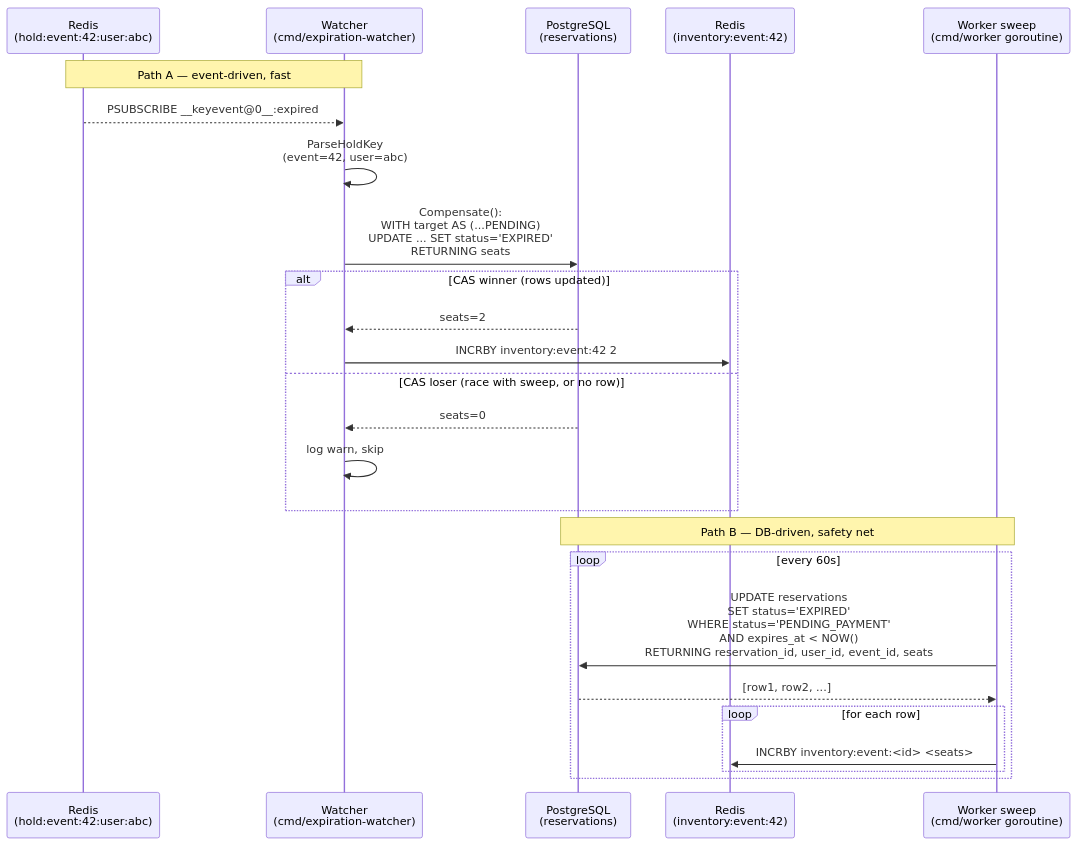
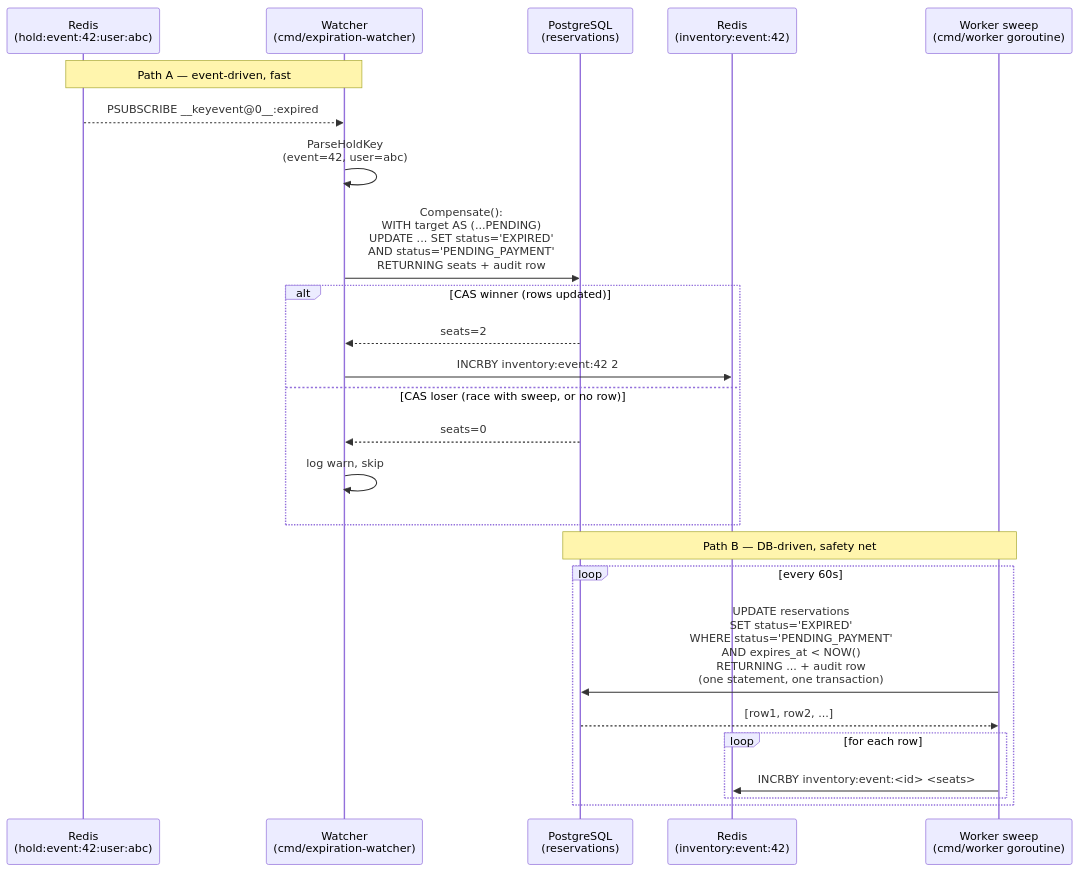
The tenth of 13 diagrams in docs/architecture.md (emmitt-k/ticket-deal), drawn with Mermaid before and after one commit. The commit also changed other lines of this file, not shown here.

First line of the commit message:
docs(architecture): bring the deep-dive up to date with Layer 2 item 6

````diff
--- a/docs/architecture.md
+++ b/docs/architecture.md
@@ -612,29 +648,29 @@
 ```mermaid
 sequenceDiagram
     participant Hold as Redis<br/>(hold:event:42:user:abc)
     participant Watch as Watcher<br/>(cmd/expiration-watcher)
     participant DB as PostgreSQL<br/>(reservations)
     participant Inv as Redis<br/>(inventory:event:42)
     participant Sweep as Worker sweep<br/>(cmd/worker goroutine)
 
     Note over Hold,Watch: Path A — event-driven, fast
     Hold-->>Watch: PSUBSCRIBE __keyevent@0__:expired
     Watch->>Watch: ParseHoldKey<br/>(event=42, user=abc)
-    Watch->>DB: Compensate():<br/>WITH target AS (...PENDING)<br/>UPDATE ... SET status='EXPIRED'<br/>RETURNING seats
+    Watch->>DB: Compensate():<br/>WITH target AS (...PENDING)<br/>UPDATE ... SET status='EXPIRED'<br/>  AND status='PENDING_PAYMENT'<br/>RETURNING seats + audit row
     alt CAS winner (rows updated)
         DB-->>Watch: seats=2
         Watch->>Inv: INCRBY inventory:event:42 2
     else CAS loser (race with sweep, or no row)
         DB-->>Watch: seats=0
         Watch->>Watch: log warn, skip
     end
 
     Note over Sweep,DB: Path B — DB-driven, safety net
     loop every 60s
-        Sweep->>DB: UPDATE reservations<br/>SET status='EXPIRED'<br/>WHERE status='PENDING_PAYMENT'<br/>  AND expires_at < NOW()<br/>RETURNING reservation_id, user_id, event_id, seats
+        Sweep->>DB: UPDATE reservations<br/>SET status='EXPIRED'<br/>WHERE status='PENDING_PAYMENT'<br/>  AND expires_at < NOW()<br/>RETURNING ... + audit row<br/>(one statement, one transaction)
         DB-->>Sweep: [row1, row2, ...]
         loop for each row
             Sweep->>Inv: INCRBY inventory:event:<id> <seats>
         end
     end
 ```
````
